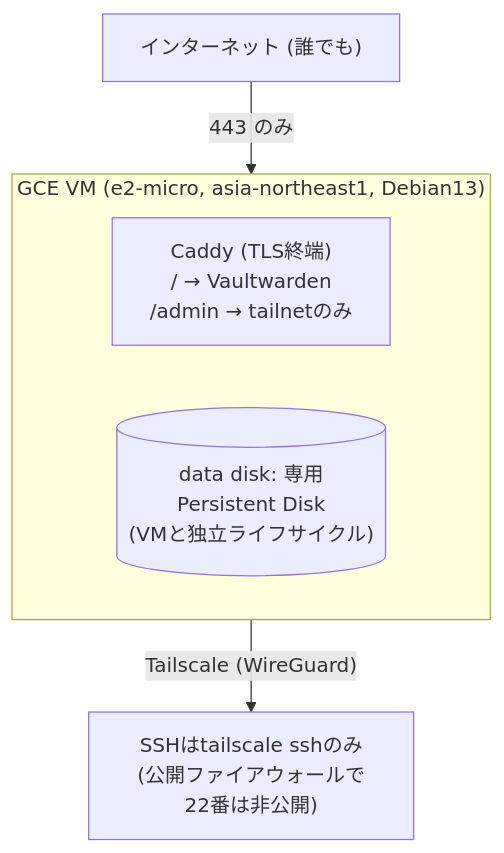
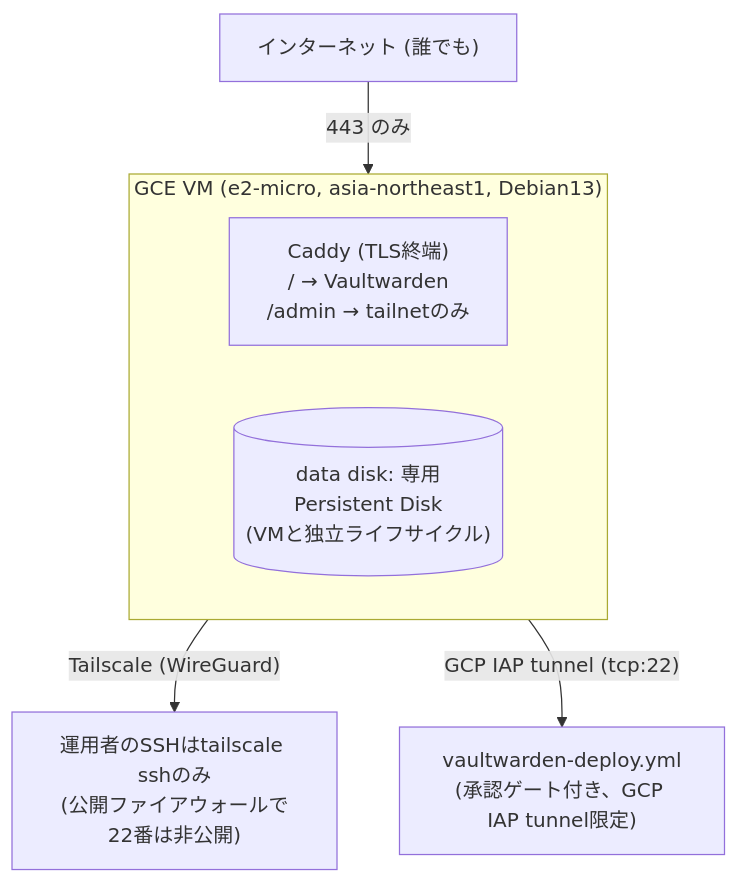
Before and after one commit to kuchida1981/vaultwarden-ops: the diagram in README.ja.md, drawn with Mermaid. The commit also changed other lines of this file and 6 other files, not shown here.

First line of the commit message:
Implement approval-gated vaultwarden deploy pipeline

````diff
--- a/README.ja.md
+++ b/README.ja.md
@@ -15,12 +17,14 @@
 ```mermaid
 flowchart TB
     internet["インターネット (誰でも)"]
     subgraph vm["GCE VM (e2-micro, asia-northeast1, Debian13)"]
         caddy["Caddy (TLS終端)<br/>/ → Vaultwarden<br/>/admin → tailnetのみ"]
         disk[("data disk: 専用Persistent Disk<br/>(VMと独立ライフサイクル)")]
     end
-    admin["SSHはtailscale sshのみ<br/>(公開ファイアウォールで22番は非公開)"]
+    admin["運用者のSSHはtailscale sshのみ<br/>(公開ファイアウォールで22番は非公開)"]
+    ci["vaultwarden-deploy.yml<br/>(承認ゲート付き、GCP IAP tunnel限定)"]
 
     internet -->|"443 のみ"| vm
     vm -->|"Tailscale (WireGuard)"| admin
+    vm -->|"GCP IAP tunnel (tcp:22)"| ci
 ```
````
